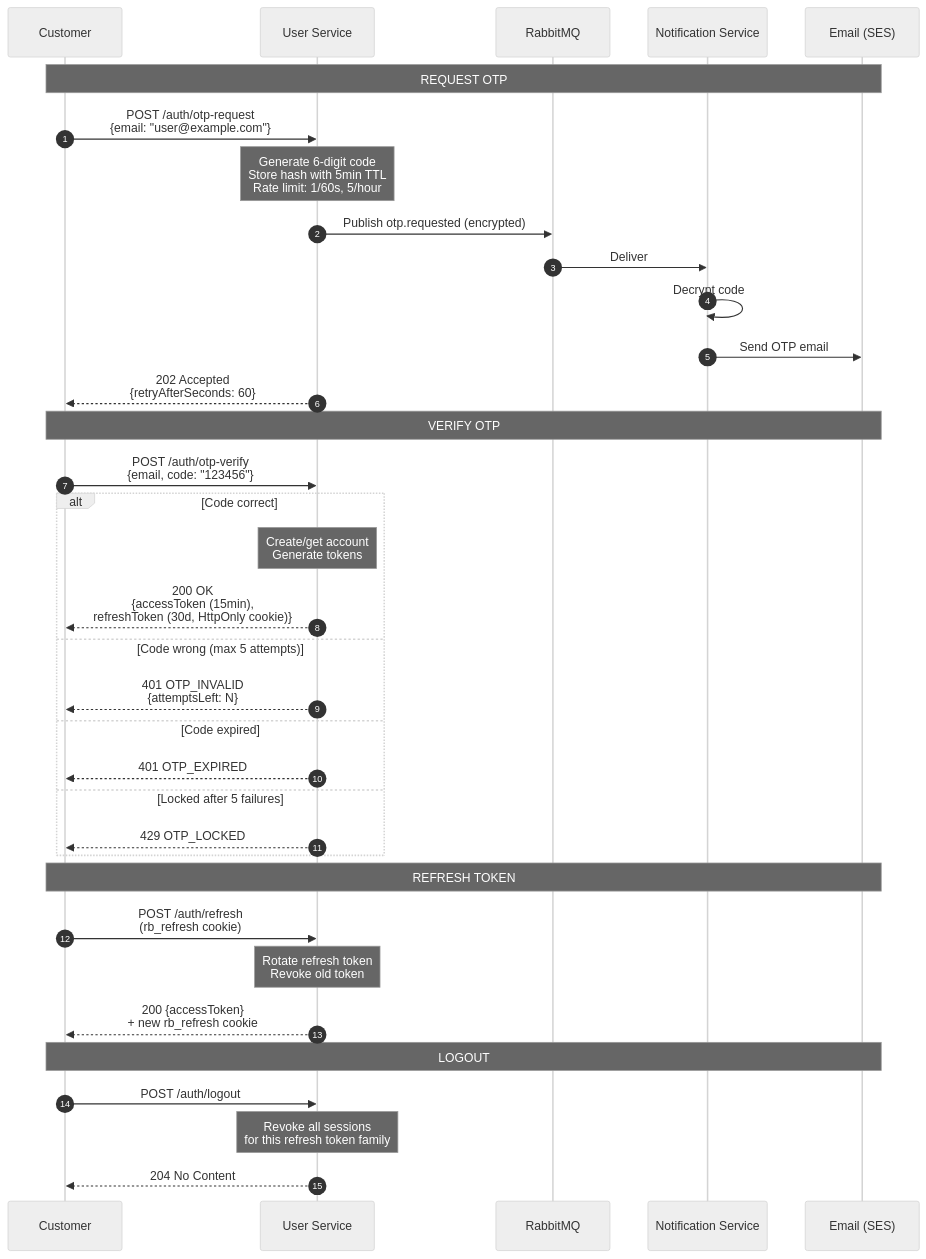
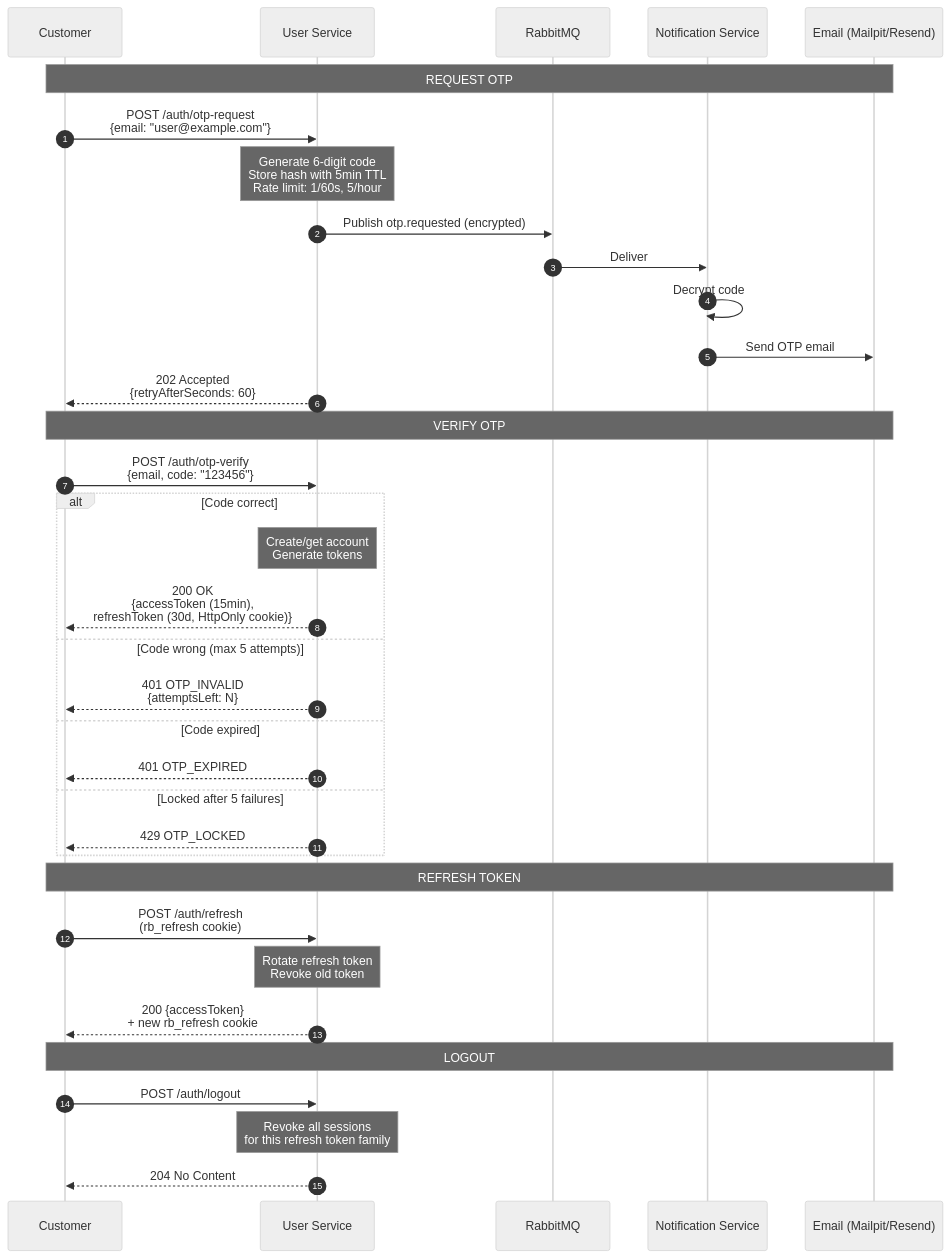
Diagram 18 of 23 in docs/analisa/04g-E2E-FLOW-DIAGRAMS-MERMAID.md (tiket-sampai-nonton/rusuh-booking-be), drawn with Mermaid (neutral theme) before and after one commit. The commit also changed other lines of this file and 11 other files, not shown here.

First line of the commit message:
Ganti SES dengan Resend dan tambah penyedia email dapat dipilih (spec notification R13)

````diff
--- a/docs/analisa/04g-E2E-FLOW-DIAGRAMS-MERMAID.md
+++ b/docs/analisa/04g-E2E-FLOW-DIAGRAMS-MERMAID.md
@@ -632,42 +632,42 @@
 ```mermaid
 sequenceDiagram
     autonumber
     participant C as Customer
     participant U as User Service
     participant MQ as RabbitMQ
     participant N as Notification Service
-    participant E as Email (SES)
+    participant E as Email (Mailpit/Resend)
     
     Note over C,E: REQUEST OTP
     C->>U: POST /auth/otp-request<br/>{email: "user@example.com"}
     Note over U: Generate 6-digit code<br/>Store hash with 5min TTL<br/>Rate limit: 1/60s, 5/hour
     U->>MQ: Publish otp.requested (encrypted)
     MQ->>N: Deliver
     N->>N: Decrypt code
     N->>E: Send OTP email
     U-->>C: 202 Accepted<br/>{retryAfterSeconds: 60}
     
     Note over C,E: VERIFY OTP
     C->>U: POST /auth/otp-verify<br/>{email, code: "123456"}
     
     alt Code correct
         Note over U: Create/get account<br/>Generate tokens
         U-->>C: 200 OK<br/>{accessToken (15min),<br/>refreshToken (30d, HttpOnly cookie)}
     else Code wrong (max 5 attempts)
         U-->>C: 401 OTP_INVALID<br/>{attemptsLeft: N}
     else Code expired
         U-->>C: 401 OTP_EXPIRED
     else Locked after 5 failures
         U-->>C: 429 OTP_LOCKED
     end
     
     Note over C,E: REFRESH TOKEN
     C->>U: POST /auth/refresh<br/>(rb_refresh cookie)
     Note over U: Rotate refresh token<br/>Revoke old token
     U-->>C: 200 {accessToken}<br/>+ new rb_refresh cookie
     
     Note over C,E: LOGOUT
     C->>U: POST /auth/logout
     Note over U: Revoke all sessions<br/>for this refresh token family
     U-->>C: 204 No Content
 ```
````
